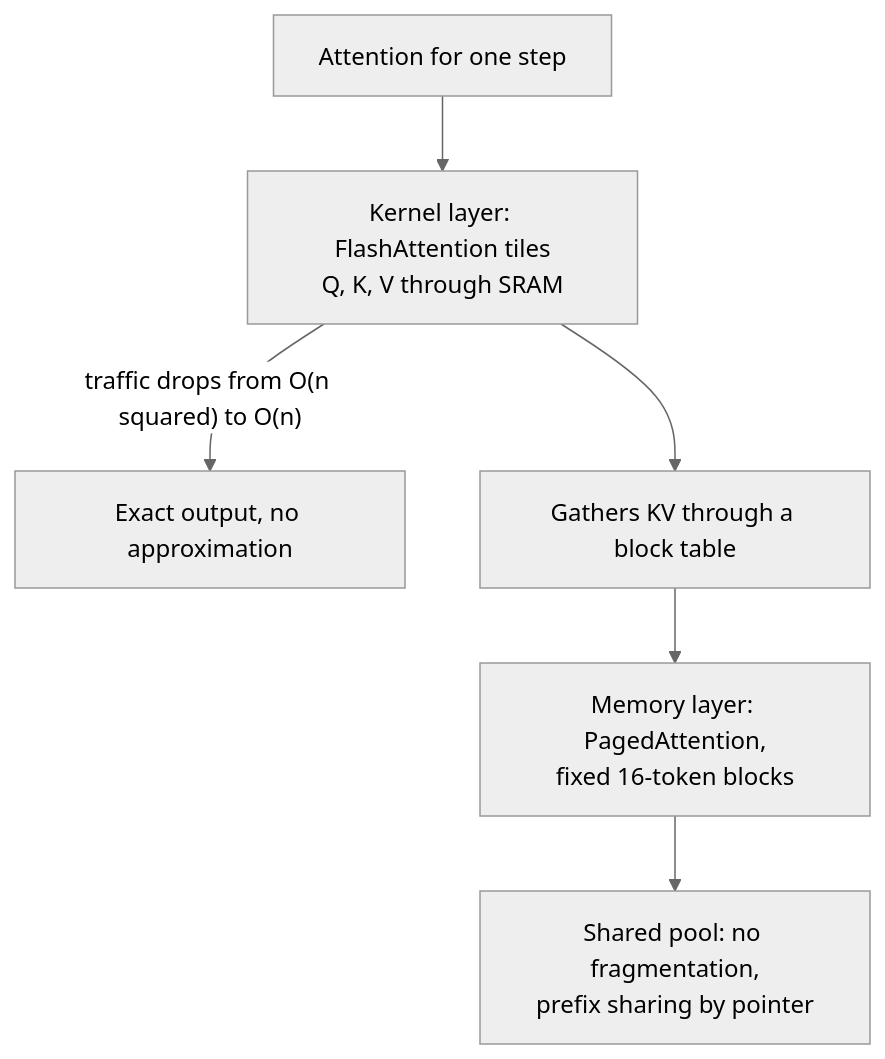
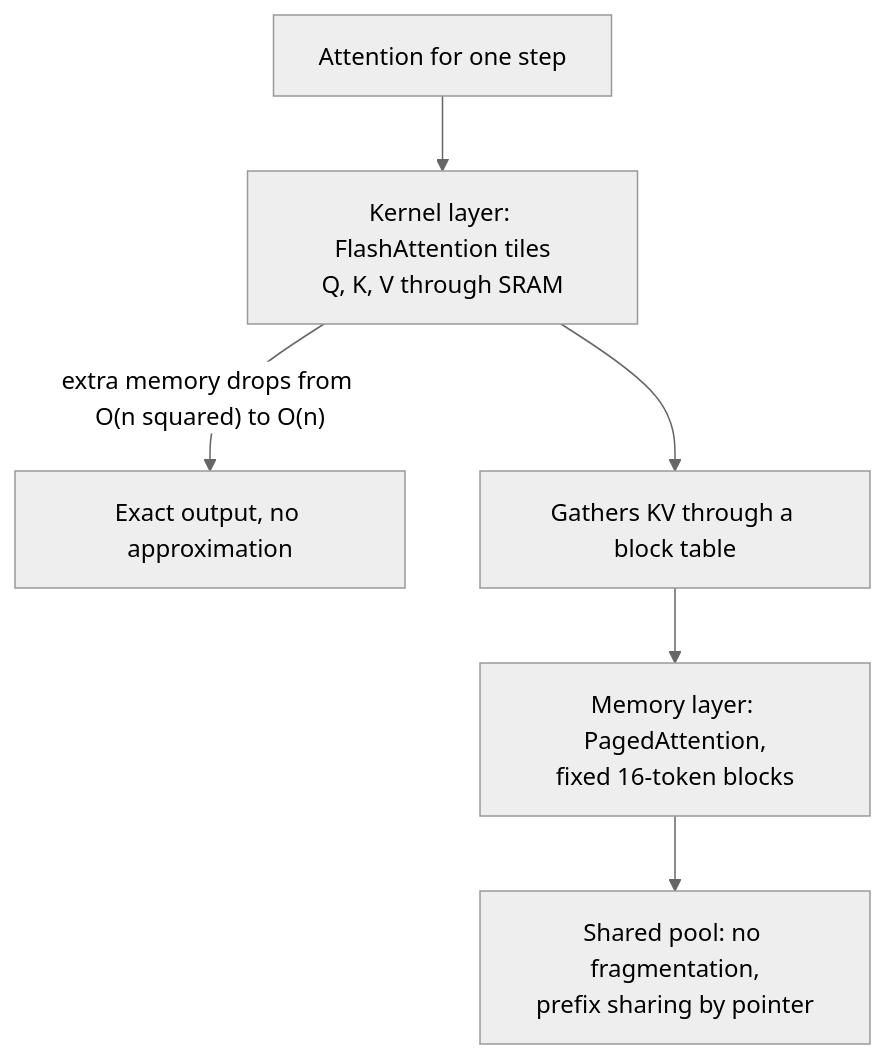
The fifth of 28 diagrams in 08-inference-and-production/questions.md (mmousom/AI-Engineer-Interview-Questions), drawn with Mermaid (neutral theme) before and after one commit. The commit also changed other lines of this file and 21 other files, not shown here.

````diff
--- a/08-inference-and-production/questions.md
+++ b/08-inference-and-production/questions.md
@@ -301,8 +301,8 @@
 ```mermaid
 flowchart TD
     A["Attention for one step"] --> K["Kernel layer: FlashAttention tiles<br/>Q, K, V through SRAM"]
-    K -->|"traffic drops from O(n squared) to O(n)"| R["Exact output, no approximation"]
+    K -->|"extra memory drops from O(n squared) to O(n)"| R["Exact output, no approximation"]
     K --> B["Gathers KV through a block table"]
     B --> M["Memory layer: PagedAttention,<br/>fixed 16-token blocks"]
     M --> POOL["Shared pool: no fragmentation,<br/>prefix sharing by pointer"]
 ```
````
